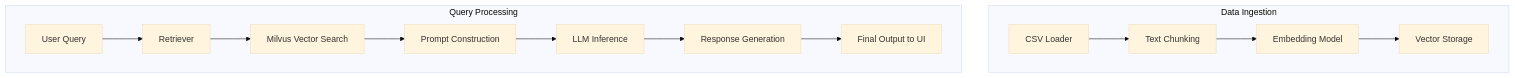
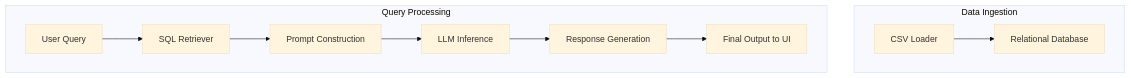
Before and after one commit to inriva-ai/use-cases: the first of 2 diagrams in note_summarization/ref_design.md, drawn with Mermaid (base theme). The commit also changed other lines of this file and 20 other files, not shown here.

````diff
--- a/note_summarization/ref_design.md
+++ b/note_summarization/ref_design.md
@@ -129,17 +121,14 @@
 ```mermaid
 graph TD;
     subgraph Data Ingestion
-        A[CSV Loader] --> B[Text Chunking]
-        B --> C[Embedding Model]
-        C --> D[Vector Storage]
+        A[CSV Loader] --> B[Relational Database]
     end
     
     subgraph Query Processing
-        E[User Query] --> F[Retriever]
-        F --> G[Milvus Vector Search]
+        E[User Query] --> G[SQL Retriever]
         G --> H[Prompt Construction]
         H --> I[LLM Inference]
         I --> J[Response Generation]
         J --> K[Final Output to UI]
     end
 ```
````
